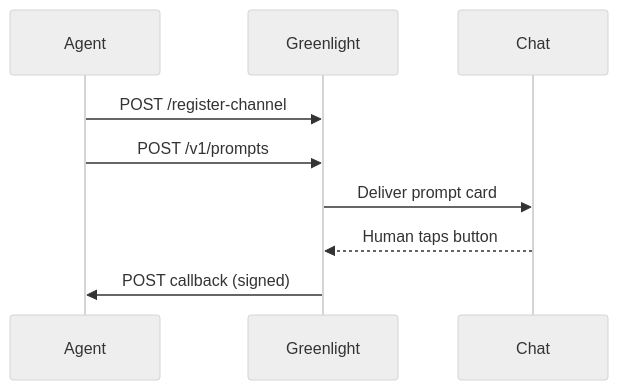
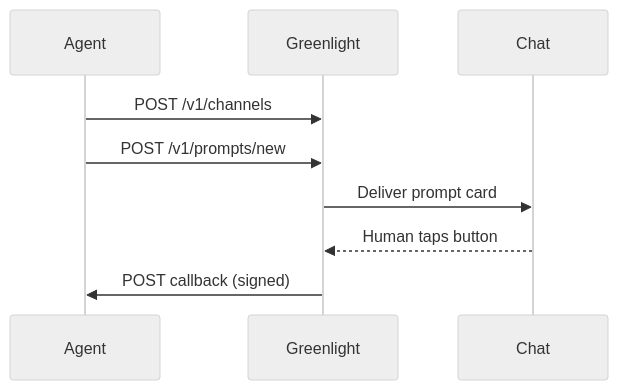
The diagram in docs-site/content/guides/agent-integration.mdx (HashTerm/greenlight), drawn with Mermaid before and after one commit. The commit also changed other lines of this file and 40 other files, not shown here.

First line of the commit message:
feat: REST v1 agent API for channels, prompts, and messages

````diff
--- a/docs-site/content/guides/agent-integration.mdx
+++ b/docs-site/content/guides/agent-integration.mdx
@@ -17,12 +17,12 @@
 ```mermaid
 %%{init: {'theme': 'neutral'}}%%
 sequenceDiagram
   participant Agent
   participant Greenlight
   participant Chat
-  Agent->>Greenlight: POST /register-channel
-  Agent->>Greenlight: POST /v1/prompts
+  Agent->>Greenlight: POST /v1/channels
+  Agent->>Greenlight: POST /v1/prompts/new
   Greenlight->>Chat: Deliver prompt card
   Chat-->>Greenlight: Human taps button
   Greenlight->>Agent: POST callback (signed)
 ```
````
